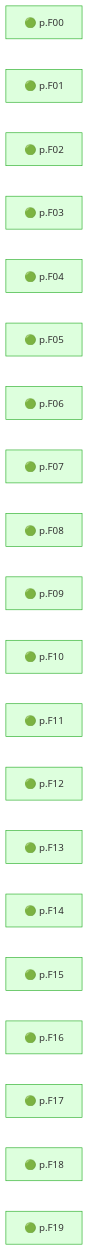
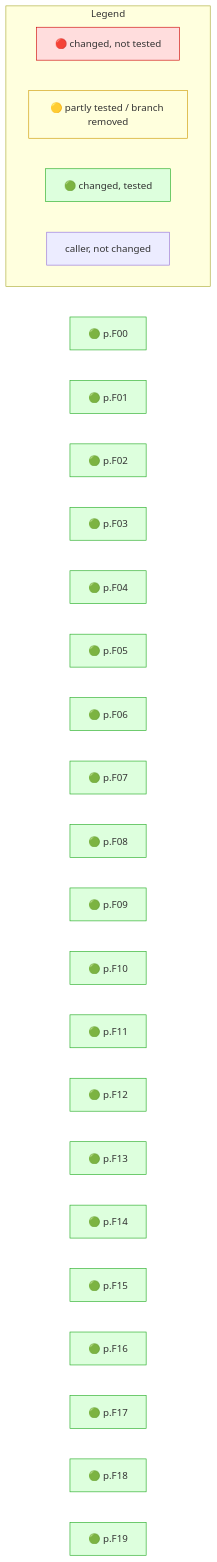
The diagram in internal/report/testdata/table_cap.golden.md (Kevinbarrero/mr-impact), drawn with Mermaid before and after one commit. The commit also changed other lines of this file and 65 other files, not shown here.

````diff
--- a/internal/report/testdata/table_cap.golden.md
+++ b/internal/report/testdata/table_cap.golden.md
@@ -60,25 +62,33 @@
 ```mermaid
-graph RL
+flowchart RL
   n0["🟢 p.F00"]:::green
   n1["🟢 p.F01"]:::green
   n2["🟢 p.F02"]:::green
   n3["🟢 p.F03"]:::green
   n4["🟢 p.F04"]:::green
   n5["🟢 p.F05"]:::green
   n6["🟢 p.F06"]:::green
   n7["🟢 p.F07"]:::green
   n8["🟢 p.F08"]:::green
   n9["🟢 p.F09"]:::green
   n10["🟢 p.F10"]:::green
   n11["🟢 p.F11"]:::green
   n12["🟢 p.F12"]:::green
   n13["🟢 p.F13"]:::green
   n14["🟢 p.F14"]:::green
   n15["🟢 p.F15"]:::green
   n16["🟢 p.F16"]:::green
   n17["🟢 p.F17"]:::green
   n18["🟢 p.F18"]:::green
   n19["🟢 p.F19"]:::green
+  subgraph legend ["Legend"]
+    direction LR
+    lr["🔴 changed, not tested"]:::red
+    ly["🟡 partly tested / branch removed"]:::yellow
+    lg["🟢 changed, tested"]:::green
+    lc["caller, not changed"]
+  end
+  classDef red fill:#fdd,stroke:#c00
+  classDef yellow fill:#ffd,stroke:#c90
   classDef green fill:#dfd,stroke:#2a2
-  %% +40 not shown
 ```
````
